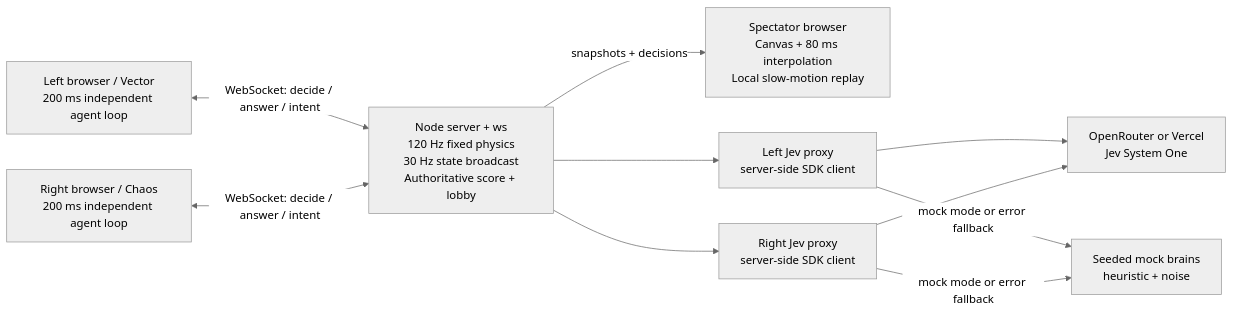
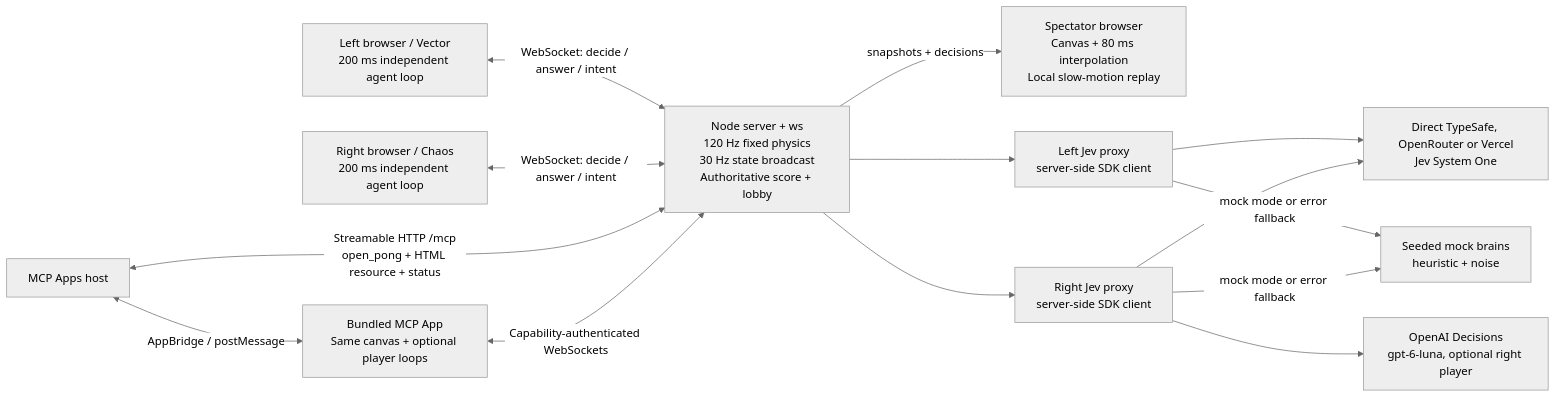
One commit to infoxicator/jev-pong changed the diagram in README.md. Above: the diagram before and after it, drawn with Mermaid (neutral theme). The commit also changed other lines of this file and 20 other files, not shown here.

Commit message:
Add MCP App with shared Pong arena and verified sandbox host

````diff
--- a/README.md
+++ b/README.md
@@ -146,17 +170,24 @@
 ```mermaid
 flowchart LR
   L["Left browser / Vector\n200 ms independent agent loop"]
   R["Right browser / Chaos\n200 ms independent agent loop"]
   S["Spectator browser\nCanvas + 80 ms interpolation\nLocal slow-motion replay"]
   N["Node server + ws\n120 Hz fixed physics\n30 Hz state broadcast\nAuthoritative score + lobby"]
   JL["Left Jev proxy\nserver-side SDK client"]
   JR["Right Jev proxy\nserver-side SDK client"]
-  P["OpenRouter or Vercel\nJev System One"]
+  P["Direct TypeSafe, OpenRouter or Vercel\nJev System One"]
+  H["MCP Apps host"]
+  A["Bundled MCP App\nSame canvas + optional player loops"]
+  O["OpenAI Decisions\ngpt-6-luna, optional right player"]
   M["Seeded mock brains\nheuristic + noise"]
   L <-->|"WebSocket: decide / answer / intent"| N
   R <-->|"WebSocket: decide / answer / intent"| N
   N -->|"snapshots + decisions"| S
   N --> JL & JR
   JL & JR --> P
+  JR --> O
   JL & JR -->|"mock mode or error fallback"| M
+  H <-->|"Streamable HTTP /mcp\nopen_pong + HTML resource + status"| N
+  H <-->|"AppBridge / postMessage"| A
+  A <-->|"Capability-authenticated WebSockets"| N
 ```
````
